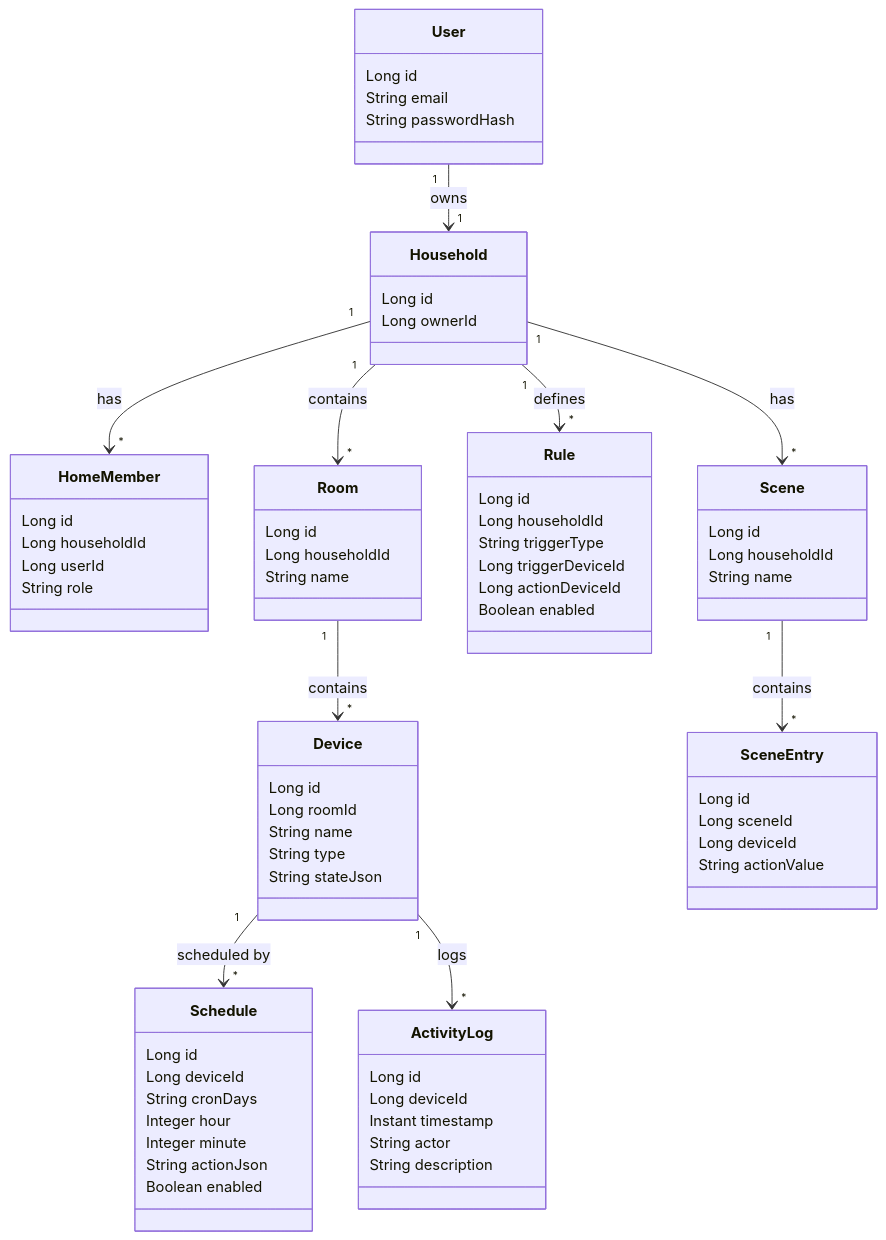
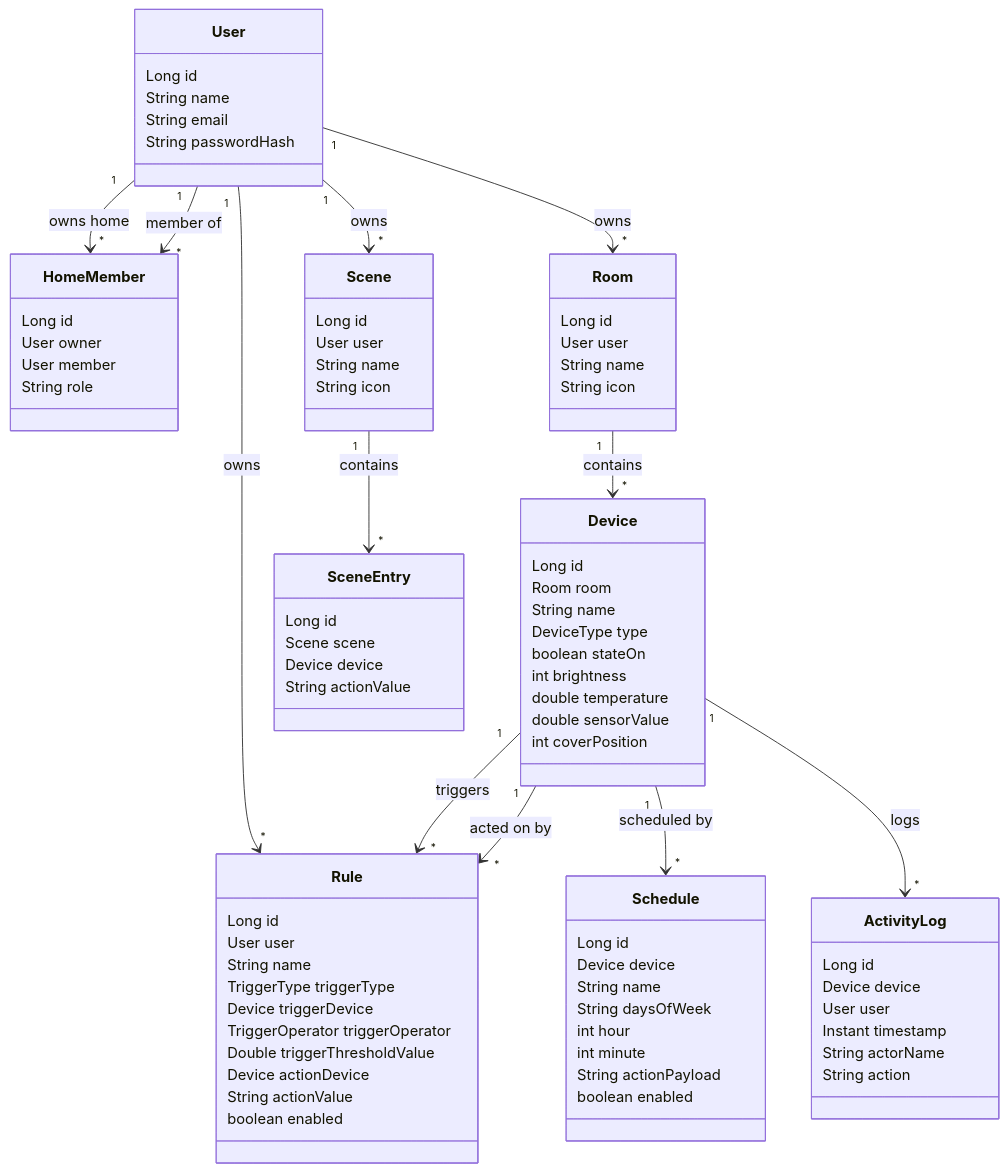
The fourth of 4 diagrams in ARCHITECTURE_UML.md (jku-win-se/teaching-2026.ss.prse.braeuer.team3), drawn with Mermaid before and after one commit. The commit also changed other lines of this file and 1 other file, not shown here.

Commit message:
#61 [0.5h] updatet architecture uml

````diff
--- a/ARCHITECTURE_UML.md
+++ b/ARCHITECTURE_UML.md
@@ -184,74 +190,85 @@
 classDiagram
     class User {
         Long id
+        String name
         String email
         String passwordHash
     }
-    class Household {
-        Long id
-        Long ownerId
-    }
     class HomeMember {
         Long id
-        Long householdId
-        Long userId
+        User owner
+        User member
         String role
     }
     class Room {
         Long id
-        Long householdId
+        User user
         String name
+        String icon
     }
     class Device {
         Long id
-        Long roomId
+        Room room
         String name
-        String type
-        String stateJson
+        DeviceType type
+        boolean stateOn
+        int brightness
+        double temperature
+        double sensorValue
+        int coverPosition
     }
     class Rule {
         Long id
-        Long householdId
-        String triggerType
-        Long triggerDeviceId
-        Long actionDeviceId
-        Boolean enabled
+        User user
+        String name
+        TriggerType triggerType
+        Device triggerDevice
+        TriggerOperator triggerOperator
+        Double triggerThresholdValue
+        Device actionDevice
+        String actionValue
+        boolean enabled
     }
     class Schedule {
         Long id
-        Long deviceId
-        String cronDays
-        Integer hour
-        Integer minute
-        String actionJson
-        Boolean enabled
+        Device device
+        String name
+        String daysOfWeek
+        int hour
+        int minute
+        String actionPayload
+        boolean enabled
     }
     class Scene {
         Long id
-        Long householdId
+        User user
         String name
+        String icon
     }
     class SceneEntry {
         Long id
-        Long sceneId
-        Long deviceId
+        Scene scene
+        Device device
         String actionValue
     }
     class ActivityLog {
         Long id
-        Long deviceId
+        Device device
+        User user
         Instant timestamp
-        String actor
-        String description
+        String actorName
+        String action
     }
 
-    User "1" --> "1" Household : owns
-    Household "1" --> "*" HomeMember : has
-    Household "1" --> "*" Room : contains
+    User "1" --> "*" HomeMember : owns home
+    User "1" --> "*" HomeMember : member of
+    User "1" --> "*" Room : owns
     Room "1" --> "*" Device : contains
-    Household "1" --> "*" Rule : defines
+    User "1" --> "*" Rule : owns
+    Device "1" --> "*" Rule : triggers
+    Device "1" --> "*" Rule : acted on by
     Device "1" --> "*" Schedule : scheduled by
-    Household "1" --> "*" Scene : has
+    User "1" --> "*" Scene : owns
     Scene "1" --> "*" SceneEntry : contains
     Device "1" --> "*" ActivityLog : logs
 ```
````
